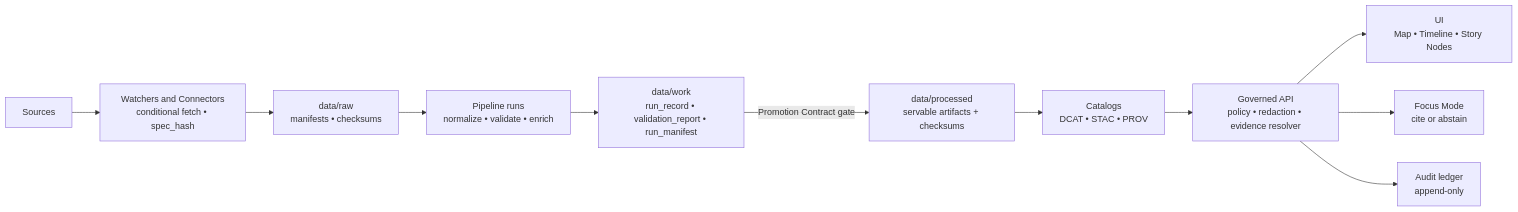
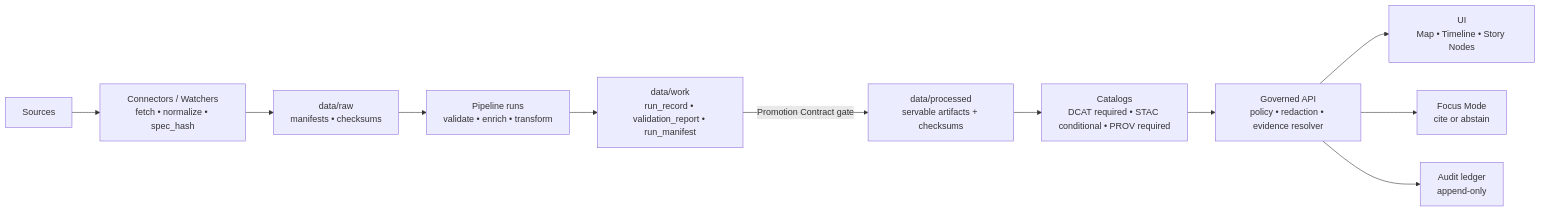
One commit to bartytime4life/Kansas-Frontier-Matrix changed the diagram in README.md. Above: the diagram before and after it, drawn with Mermaid. The commit also changed other lines of this file, not shown here.

````diff
--- a/README.md
+++ b/README.md
@@ -448,13 +193,13 @@
 ```mermaid
 flowchart LR
-  S[Sources] --> W[Watchers and Connectors<br/>conditional fetch • spec_hash]
-  W --> RAW[data/raw<br/>manifests • checksums]
-  RAW --> RUN[Pipeline runs<br/>normalize • validate • enrich]
+  S[Sources] --> C[Connectors / Watchers<br/>fetch • normalize • spec_hash]
+  C --> RAW[data/raw<br/>manifests • checksums]
+  RAW --> RUN[Pipeline runs<br/>validate • enrich • transform]
   RUN --> WORK[data/work<br/>run_record • validation_report • run_manifest]
   WORK -->|Promotion Contract gate| PROC[data/processed<br/>servable artifacts + checksums]
-  PROC --> CAT[Catalogs<br/>DCAT • STAC • PROV]
+  PROC --> CAT[Catalogs<br/>DCAT required • STAC conditional • PROV required]
   CAT --> API[Governed API<br/>policy • redaction • evidence resolver]
   API --> UI[UI<br/>Map • Timeline • Story Nodes]
   API --> FM[Focus Mode<br/>cite or abstain]
   API --> AUD[Audit ledger<br/>append-only]
 ```
````
